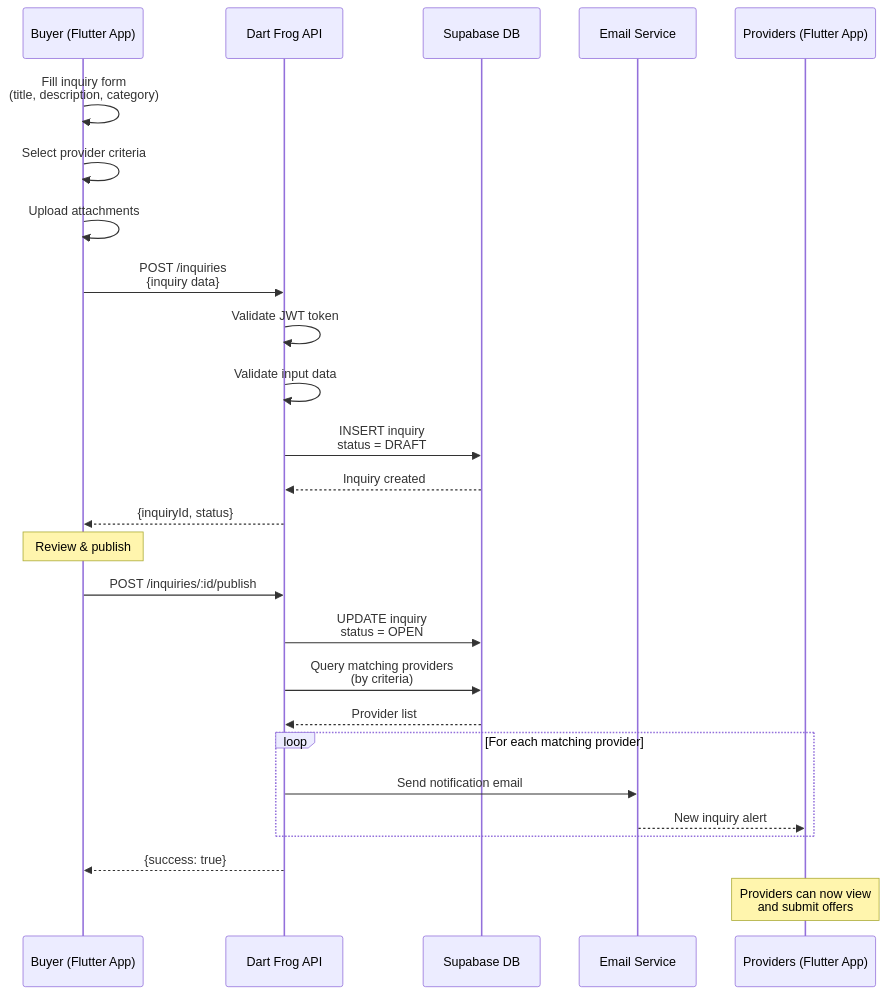
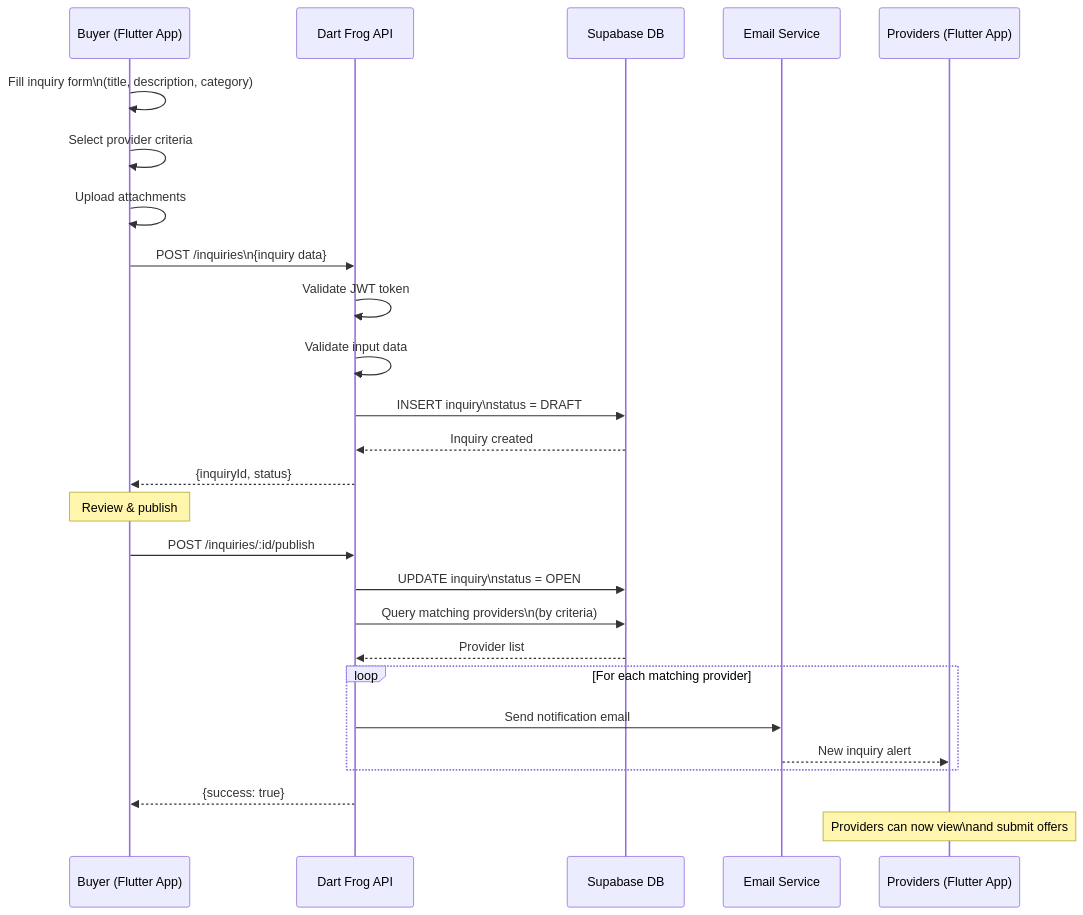
The eighth of 11 diagrams in docs/ARCHITECTURE.md (ednet-org/som-app), drawn with Mermaid before and after one commit. The commit also changed other lines of this file and 1 other file, not shown here.

First line of the commit message:
fix(docs): Simplify Mermaid diagram labels for GitHub compatibility.

````diff
--- a/docs/ARCHITECTURE.md
+++ b/docs/ARCHITECTURE.md
@@ -543,35 +543,35 @@
 ```mermaid
 sequenceDiagram
     participant Buyer as Buyer (Flutter App)
     participant API as Dart Frog API
     participant DB as Supabase DB
     participant Email as Email Service
     participant Providers as Providers (Flutter App)
 
-    Buyer->>Buyer: Fill inquiry form<br/>(title, description, category)
+    Buyer->>Buyer: Fill inquiry form\n(title, description, category)
     Buyer->>Buyer: Select provider criteria
     Buyer->>Buyer: Upload attachments
 
-    Buyer->>API: POST /inquiries<br/>{inquiry data}
+    Buyer->>API: POST /inquiries\n{inquiry data}
     API->>API: Validate JWT token
     API->>API: Validate input data
-    API->>DB: INSERT inquiry<br/>status = DRAFT
+    API->>DB: INSERT inquiry\nstatus = DRAFT
     DB-->>API: Inquiry created
     API-->>Buyer: {inquiryId, status}
 
     Note over Buyer: Review & publish
 
     Buyer->>API: POST /inquiries/:id/publish
-    API->>DB: UPDATE inquiry<br/>status = OPEN
-    API->>DB: Query matching providers<br/>(by criteria)
+    API->>DB: UPDATE inquiry\nstatus = OPEN
+    API->>DB: Query matching providers\n(by criteria)
     DB-->>API: Provider list
 
     loop For each matching provider
         API->>Email: Send notification email
         Email-->>Providers: New inquiry alert
     end
 
     API-->>Buyer: {success: true}
 
-    Note over Providers: Providers can now view<br/>and submit offers
+    Note over Providers: Providers can now view\nand submit offers
 ```
````
